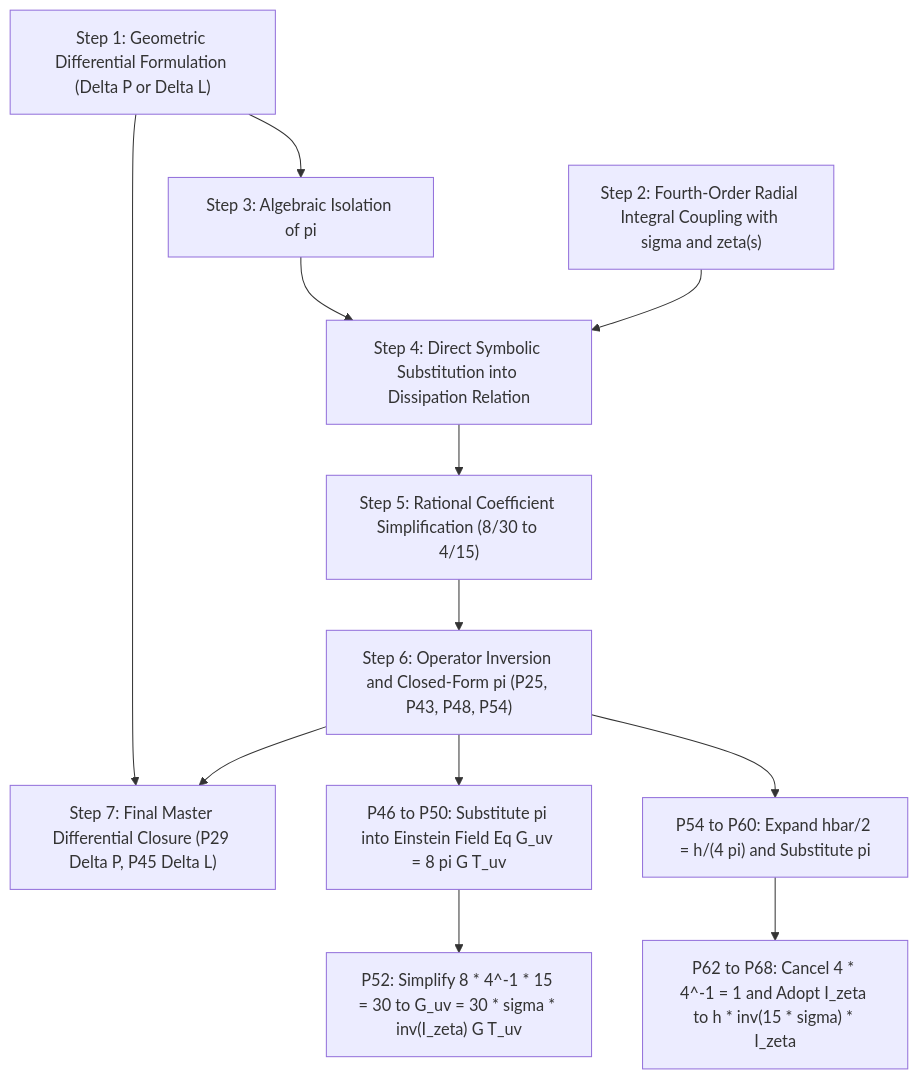
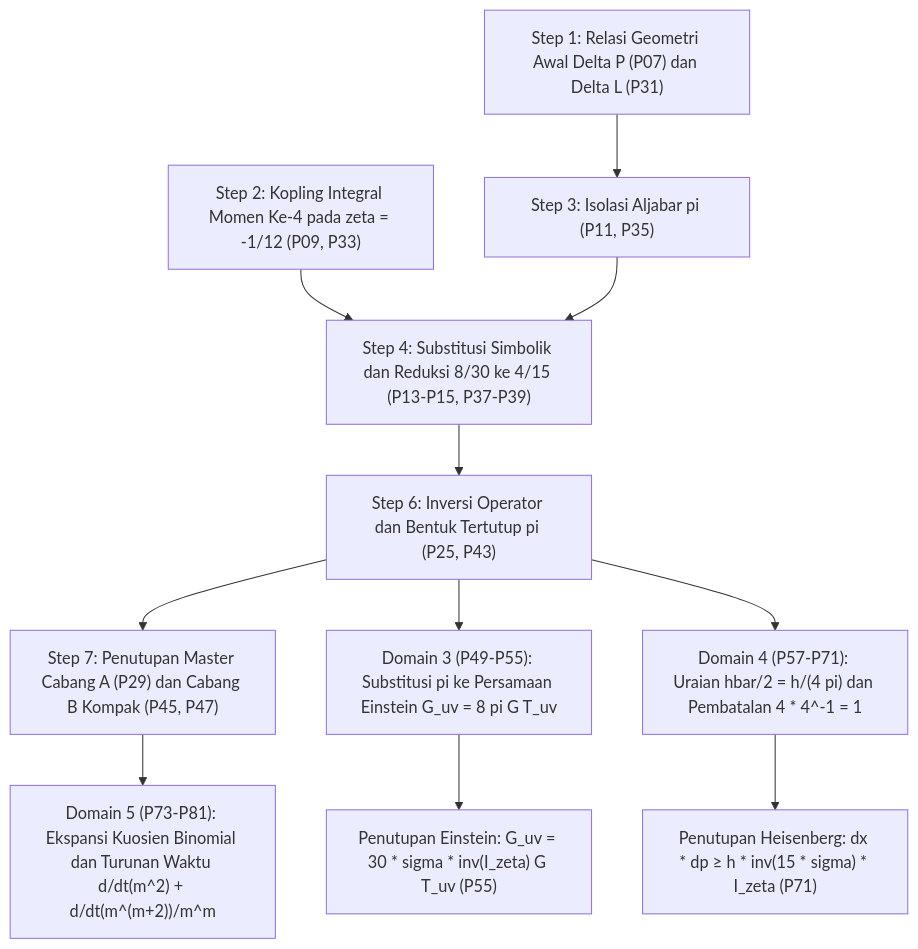
Before and after one commit to SamuelPurba/Samuel-Navier-Stocks-Equation-Solution: the first of 3 diagrams in README.md, drawn with Mermaid. The commit also changed other lines of this file and 2 other files, not shown here.

````diff
--- a/README.md
+++ b/README.md
@@ -359,14 +220,13 @@
 ```mermaid
 flowchart TD
-    S1["Step 1: Geometric Differential Formulation (Delta P or Delta L)"] --> S3["Step 3: Algebraic Isolation of pi"]
-    S2["Step 2: Fourth-Order Radial Integral Coupling with sigma and zeta(s)"] --> S4["Step 4: Direct Symbolic Substitution into Dissipation Relation"]
+    S1["Step 1: Relasi Geometri Awal Delta P (P07) dan Delta L (P31)"] --> S3["Step 3: Isolasi Aljabar pi (P11, P35)"]
+    S2["Step 2: Kopling Integral Momen Ke-4 pada zeta = -1/12 (P09, P33)"] --> S4["Step 4: Substitusi Simbolik dan Reduksi 8/30 ke 4/15 (P13-P15, P37-P39)"]
     S3 --> S4
-    S4 --> S5["Step 5: Rational Coefficient Simplification (8/30 to 4/15)"]
-    S5 --> S6["Step 6: Operator Inversion and Closed-Form pi (P25, P43, P48, P54)"]
-    S6 --> S7["Step 7: Final Master Differential Closure (P29 Delta P, P45 Delta L)"]
-    S1 --> S7
-    S6 --> E1["P46 to P50: Substitute pi into Einstein Field Eq G_uv = 8 pi G T_uv"]
-    E1 --> E2["P52: Simplify 8 * 4^-1 * 15 = 30 to G_uv = 30 * sigma * inv(I_zeta) G T_uv"]
-    S6 --> H1["P54 to P60: Expand hbar/2 = h/(4 pi) and Substitute pi"]
-    H1 --> H2["P62 to P68: Cancel 4 * 4^-1 = 1 and Adopt I_zeta to h * inv(15 * sigma) * I_zeta"]
+    S4 --> S6["Step 6: Inversi Operator dan Bentuk Tertutup pi (P25, P43)"]
+    S6 --> S7["Step 7: Penutupan Master Cabang A (P29) dan Cabang B Kompak (P45, P47)"]
+    S6 --> E1["Domain 3 (P49-P55): Substitusi pi ke Persamaan Einstein G_uv = 8 pi G T_uv"]
+    E1 --> E2["Penutupan Einstein: G_uv = 30 * sigma * inv(I_zeta) G T_uv (P55)"]
+    S6 --> H1["Domain 4 (P57-P71): Uraian hbar/2 = h/(4 pi) dan Pembatalan 4 * 4^-1 = 1"]
+    H1 --> H2["Penutupan Heisenberg: dx * dp ≥ h * inv(15 * sigma) * I_zeta (P71)"]
+    S7 --> D5["Domain 5 (P73-P81): Ekspansi Kuosien Binomial dan Turunan Waktu d/dt(m^2) + d/dt(m^(m+2))/m^m"]
 ```
````
